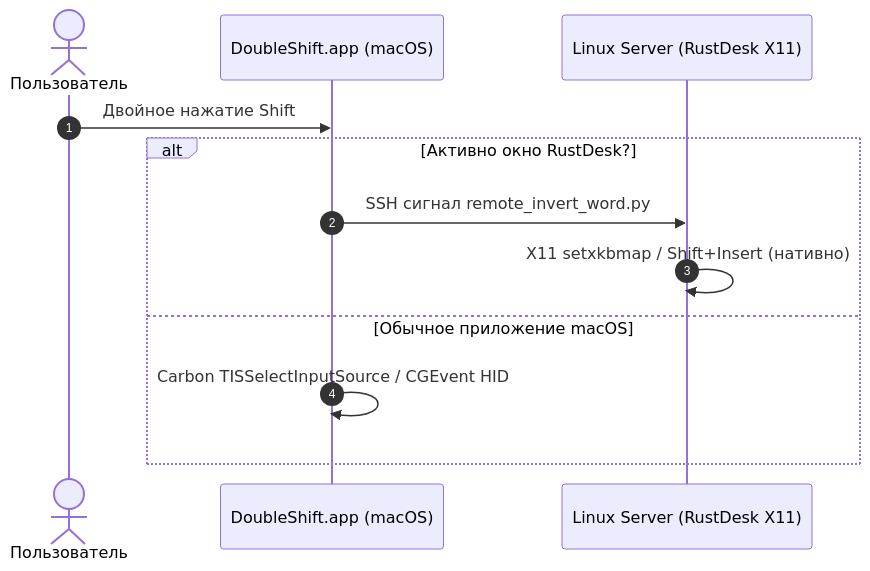
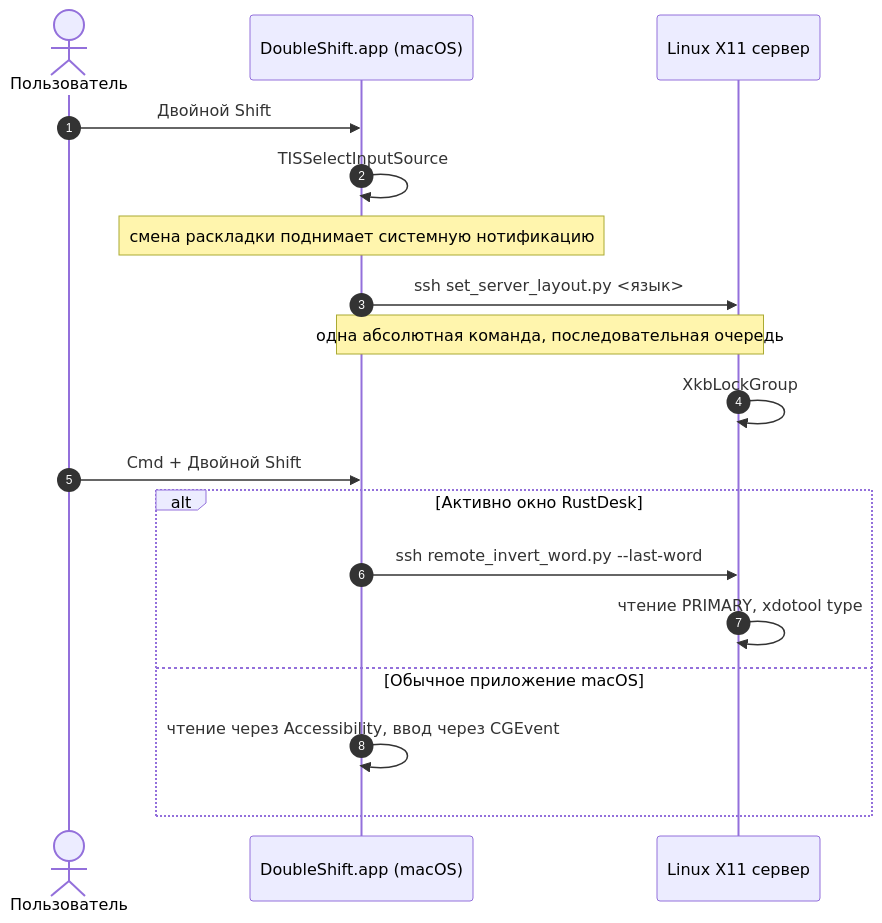
The diagram in README.ru.md (Arkadius0292/Doubleshifter), drawn with Mermaid before and after one commit. The commit also changed other lines of this file and 3 other files, not shown here.

````diff
--- a/README.ru.md
+++ b/README.ru.md
@@ -27,15 +48,22 @@
 ```mermaid
 sequenceDiagram
     autonumber
     actor User as Пользователь
     participant Mac as DoubleShift.app (macOS)
-    participant Server as Linux Server (RustDesk X11)
+    participant Srv as Linux X11 сервер
 
-    User->>Mac: Двойное нажатие Shift
-    alt Активно окно RustDesk?
-        Mac->>Server: SSH сигнал remote_invert_word.py
-        Server->>Server: X11 setxkbmap / Shift+Insert (нативно)
+    User->>Mac: Двойной Shift
+    Mac->>Mac: TISSelectInputSource
+    Note over Mac: смена раскладки поднимает системную нотификацию
+    Mac->>Srv: ssh set_server_layout.py <язык>
+    Note over Mac,Srv: одна абсолютная команда, последовательная очередь
+    Srv->>Srv: XkbLockGroup
+
+    User->>Mac: Cmd + Двойной Shift
+    alt Активно окно RustDesk
+        Mac->>Srv: ssh remote_invert_word.py --last-word
+        Srv->>Srv: чтение PRIMARY, xdotool type
     else Обычное приложение macOS
-        Mac->>Mac: Carbon TISSelectInputSource / CGEvent HID
+        Mac->>Mac: чтение через Accessibility, ввод через CGEvent
     end
 ```
````
